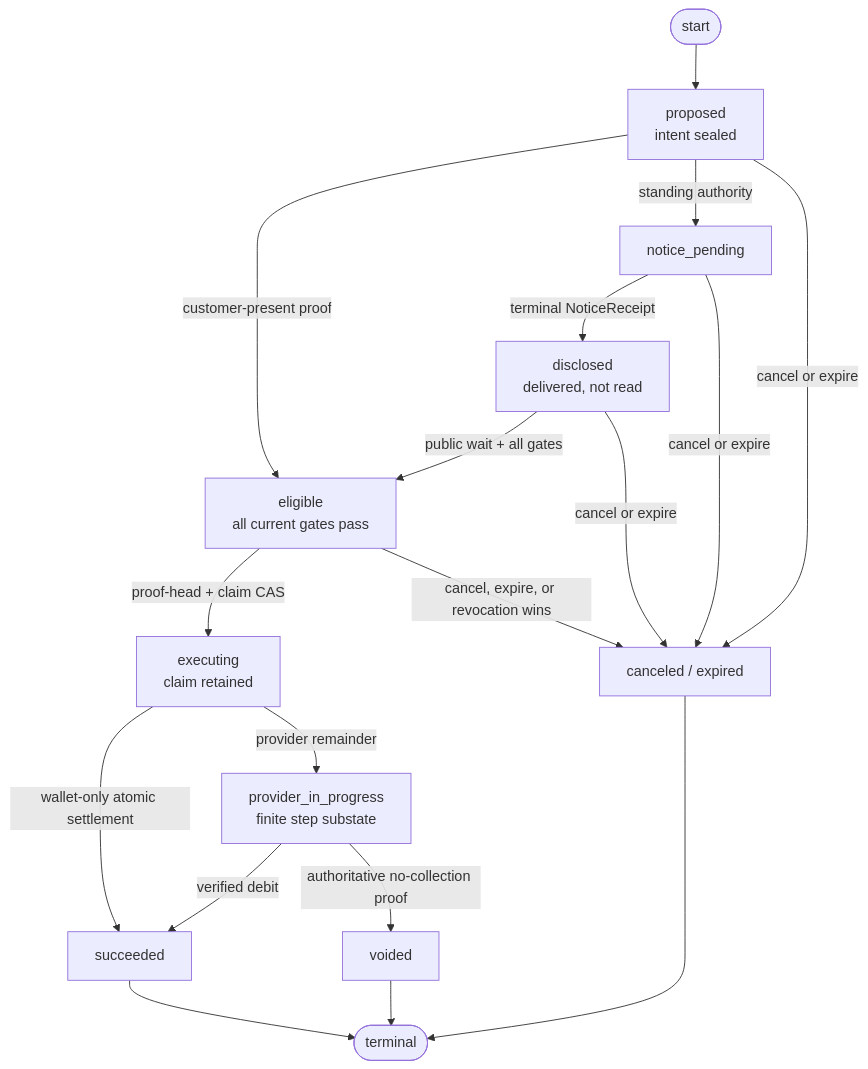
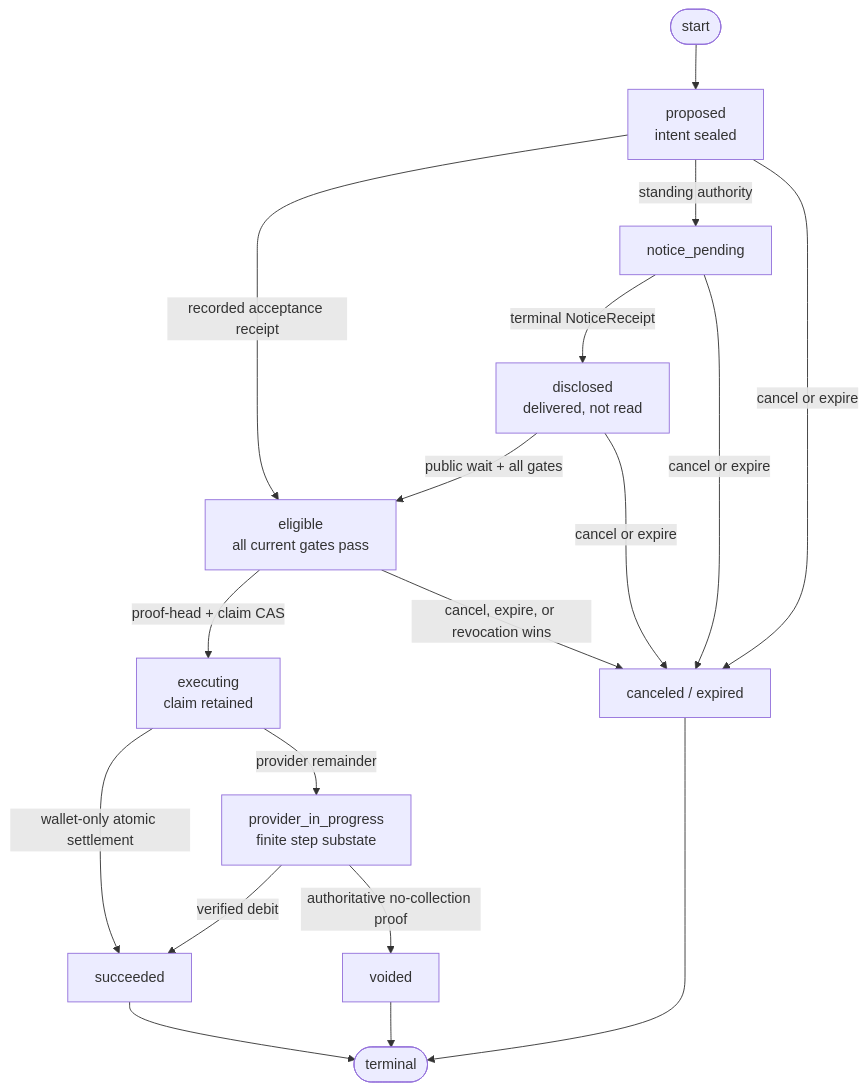
One commit to mirrorstack-ai/billing-engine changed the second of 3 diagrams in docs/DESIGN.md. Above: the diagram before and after it, drawn with Mermaid. The commit also changed other lines of this file and 3 other files, not shown here.

````diff
--- a/docs/DESIGN.md
+++ b/docs/DESIGN.md
@@ -978,20 +978,20 @@
 ```mermaid
 flowchart TD
     Start([start]) --> Proposed[proposed<br/>intent sealed]
-    Proposed -->|customer-present proof| Eligible[eligible<br/>all current gates pass]
+    Proposed -->|recorded acceptance receipt| Eligible[eligible<br/>all current gates pass]
     Proposed -->|standing authority| NoticePending[notice_pending]
     NoticePending -->|terminal NoticeReceipt| Disclosed[disclosed<br/>delivered, not read]
     Disclosed -->|public wait + all gates| Eligible
     Eligible -->|proof-head + claim CAS| Executing[executing<br/>claim retained]
     Executing -->|wallet-only atomic settlement| Succeeded[succeeded]
     Executing -->|provider remainder| ProviderFlow[provider_in_progress<br/>finite step substate]
     ProviderFlow -->|verified debit| Succeeded
     ProviderFlow -->|authoritative no-collection proof| Voided[voided]
     Proposed -->|cancel or expire| NoCollection[canceled / expired]
     NoticePending -->|cancel or expire| NoCollection
     Disclosed -->|cancel or expire| NoCollection
     Eligible -->|cancel, expire, or revocation wins| NoCollection
     Succeeded --> Done([terminal])
     Voided --> Done
     NoCollection --> Done
 ```
````
